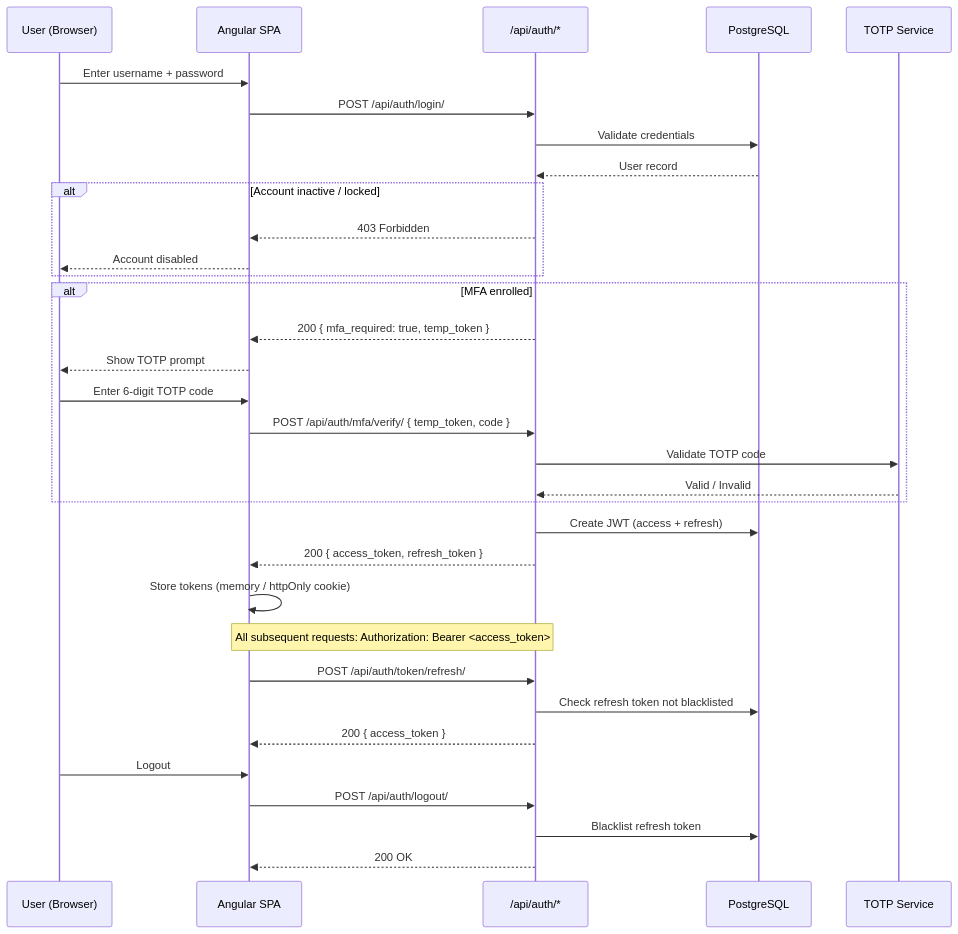
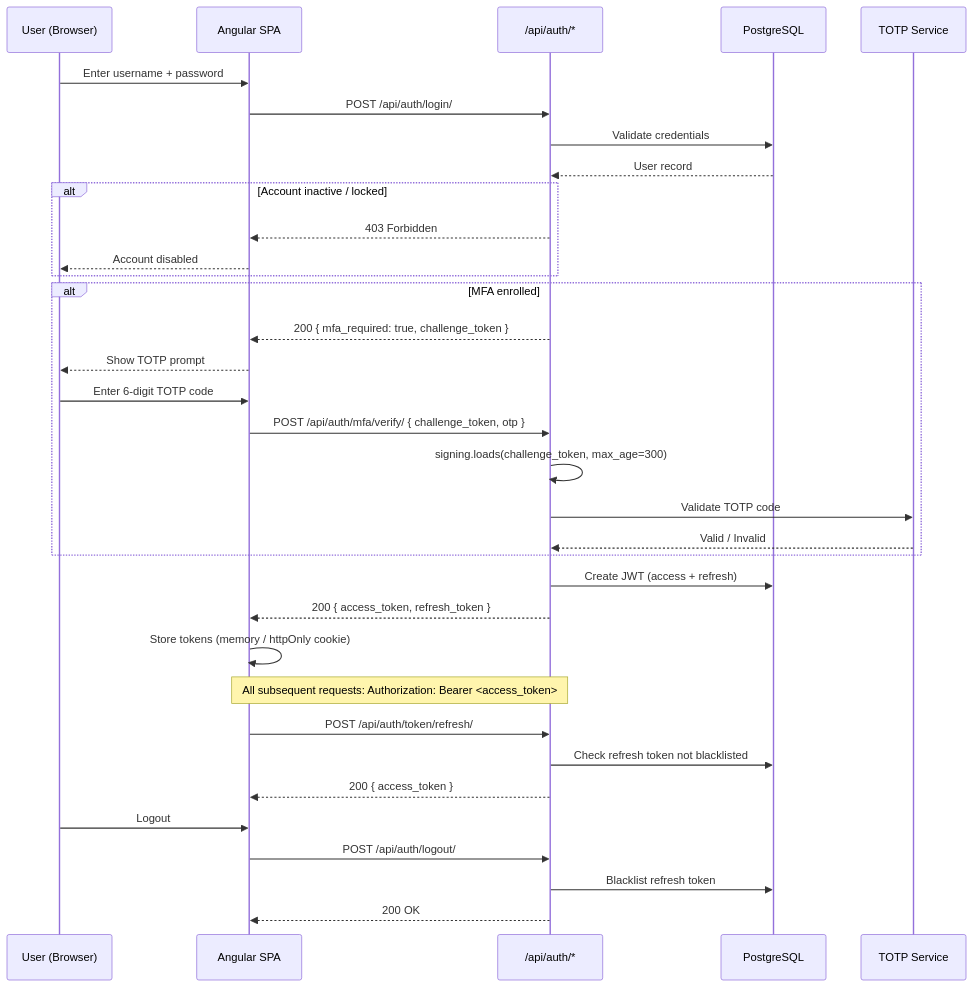
The second of 11 diagrams in docs/ARCHITECTURE.md (arslant84/tms.app), drawn with Mermaid before and after one commit. The commit also changed other lines of this file, not shown here.

First line of the commit message:
Document the MFA challenge_token mechanism in ARCHITECTURE.md

````diff
--- a/docs/ARCHITECTURE.md
+++ b/docs/ARCHITECTURE.md
@@ -69,42 +69,43 @@
 ```mermaid
 sequenceDiagram
     participant U as User (Browser)
     participant SPA as Angular SPA
     participant API as /api/auth/*
     participant DB as PostgreSQL
     participant OTP as TOTP Service
 
     U->>SPA: Enter username + password
     SPA->>API: POST /api/auth/login/
     API->>DB: Validate credentials
     DB-->>API: User record
 
     alt Account inactive / locked
         API-->>SPA: 403 Forbidden
         SPA-->>U: Account disabled
     end
 
     alt MFA enrolled
-        API-->>SPA: 200 { mfa_required: true, temp_token }
+        API-->>SPA: 200 { mfa_required: true, challenge_token }
         SPA-->>U: Show TOTP prompt
         U->>SPA: Enter 6-digit TOTP code
-        SPA->>API: POST /api/auth/mfa/verify/ { temp_token, code }
+        SPA->>API: POST /api/auth/mfa/verify/ { challenge_token, otp }
+        API->>API: signing.loads(challenge_token, max_age=300)
         API->>OTP: Validate TOTP code
         OTP-->>API: Valid / Invalid
     end
 
     API->>DB: Create JWT (access + refresh)
     API-->>SPA: 200 { access_token, refresh_token }
     SPA->>SPA: Store tokens (memory / httpOnly cookie)
 
     Note over SPA,API: All subsequent requests: Authorization: Bearer <access_token>
 
     SPA->>API: POST /api/auth/token/refresh/
     API->>DB: Check refresh token not blacklisted
     API-->>SPA: 200 { access_token }
 
     U->>SPA: Logout
     SPA->>API: POST /api/auth/logout/
     API->>DB: Blacklist refresh token
     API-->>SPA: 200 OK
 ```
````
